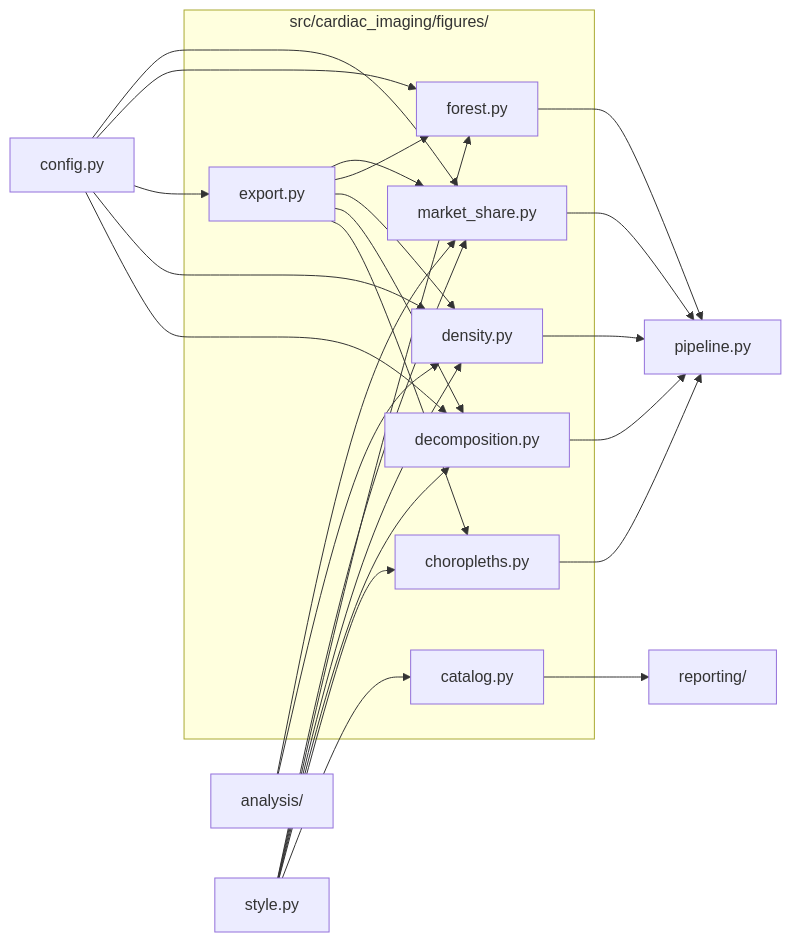
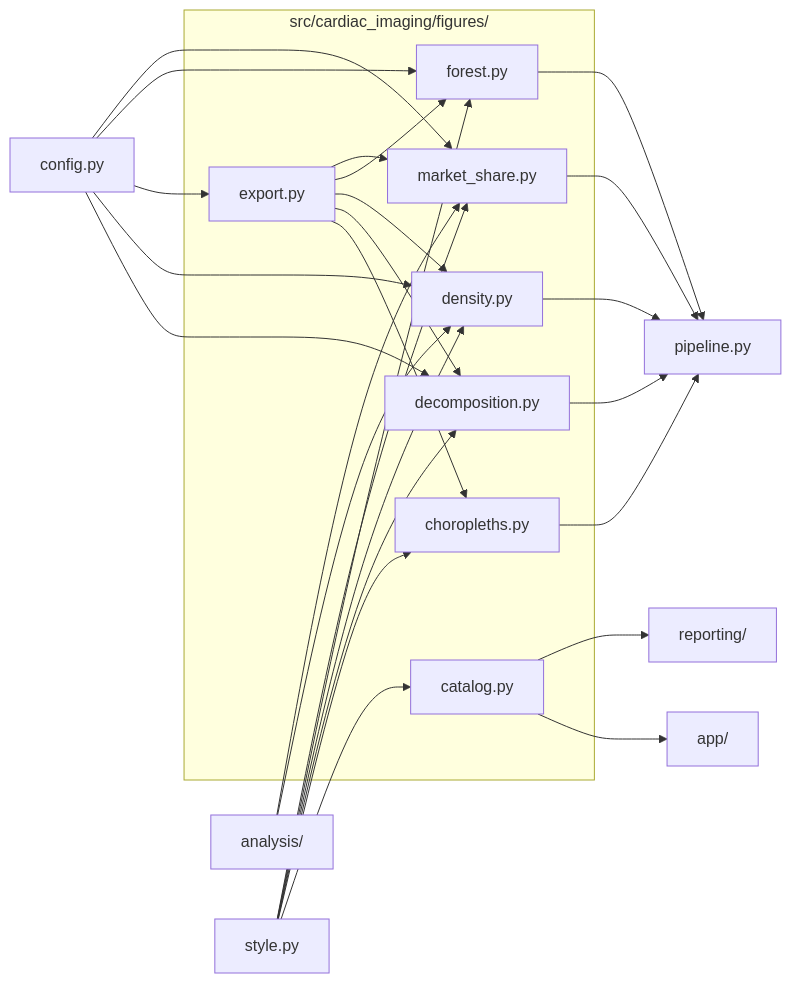
One commit to drsanjna/cardiac-imaging-medicare changed the diagram in src/cardiac_imaging/figures/README.md. Above: the diagram before and after it, drawn with Mermaid. The commit also changed other lines of this file and 62 other files, not shown here.

````diff
--- a/src/cardiac_imaging/figures/README.md
+++ b/src/cardiac_imaging/figures/README.md
@@ -11,41 +11,43 @@
 ```mermaid
 flowchart LR
   subgraph here["src/cardiac_imaging/figures/"]
     n_catalog_py["catalog.py"]
     n_choropleths_py["choropleths.py"]
     n_decomposition_py["decomposition.py"]
     n_density_py["density.py"]
     n_export_py["export.py"]
     n_forest_py["forest.py"]
     n_market_share_py["market_share.py"]
   end
   n_analysis_["analysis/"]
+  n_app_["app/"]
   n_config_py["config.py"]
   n_pipeline_py["pipeline.py"]
   n_reporting_["reporting/"]
   n_style_py["style.py"]
   n_analysis_ --> n_density_py
   n_analysis_ --> n_market_share_py
+  n_catalog_py --> n_app_
   n_catalog_py --> n_reporting_
   n_choropleths_py --> n_pipeline_py
   n_config_py --> n_decomposition_py
   n_config_py --> n_density_py
   n_config_py --> n_export_py
   n_config_py --> n_forest_py
   n_config_py --> n_market_share_py
   n_decomposition_py --> n_pipeline_py
   n_density_py --> n_pipeline_py
   n_export_py --> n_choropleths_py
   n_export_py --> n_decomposition_py
   n_export_py --> n_density_py
   n_export_py --> n_forest_py
   n_export_py --> n_market_share_py
   n_forest_py --> n_pipeline_py
   n_market_share_py --> n_pipeline_py
   n_style_py --> n_catalog_py
   n_style_py --> n_choropleths_py
   n_style_py --> n_decomposition_py
   n_style_py --> n_density_py
   n_style_py --> n_forest_py
   n_style_py --> n_market_share_py
 ```
````
